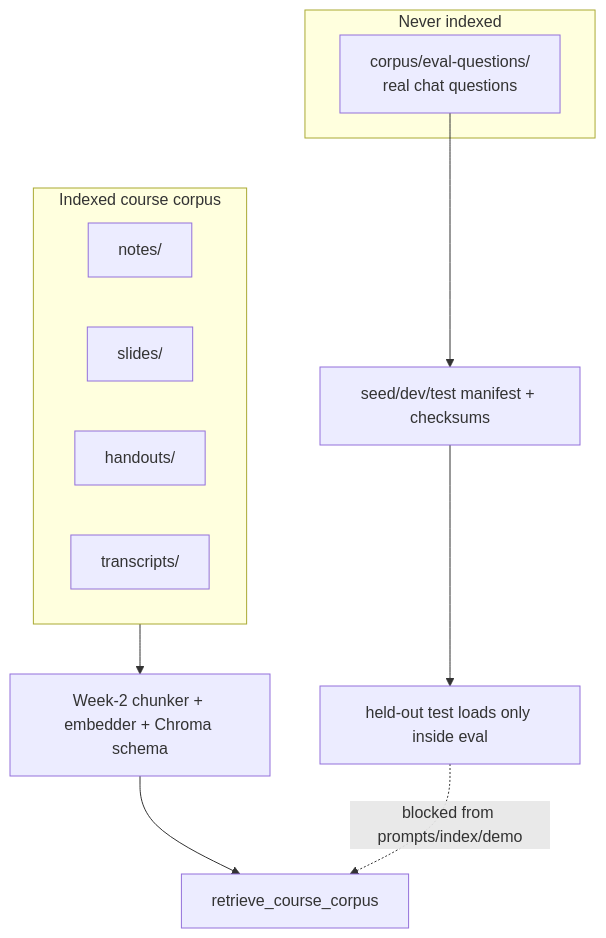
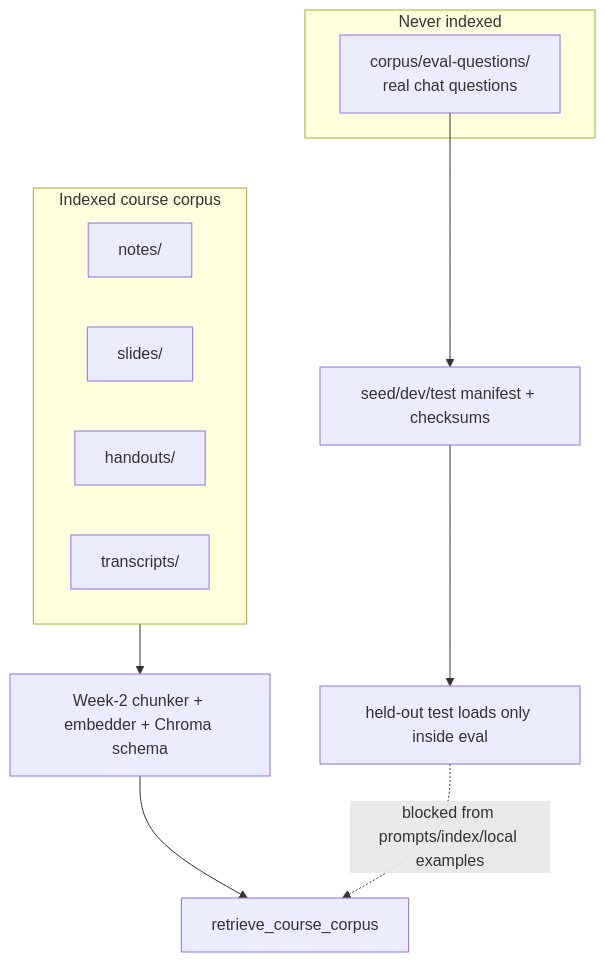
One commit to manjunath84/genacademy-coach changed the sixth of 7 diagrams in docs/architecture-diagrams.md. Above: the diagram before and after it, drawn with Mermaid. The commit also changed other lines of this file and 24 other files, not shown here.

````diff
--- a/docs/architecture-diagrams.md
+++ b/docs/architecture-diagrams.md
@@ -181,20 +182,20 @@
 ```mermaid
 flowchart TD
     subgraph Indexed["Indexed course corpus"]
         N["notes/"]
         S["slides/"]
         H["handouts/"]
         T["transcripts/"]
     end
 
     Ingest["Week-2 chunker + embedder + Chroma schema"]
     Indexed --> Ingest --> Retriever["retrieve_course_corpus"]
 
     subgraph NeverIndexed["Never indexed"]
         Q["corpus/eval-questions/\nreal chat questions"]
     end
 
     Q --> Split["seed/dev/test manifest + checksums"]
     Split --> Test["held-out test loads only inside eval"]
-    Test -. blocked from prompts/index/demo .-> Retriever
+    Test -. blocked from prompts/index/local examples .-> Retriever
 ```
````
